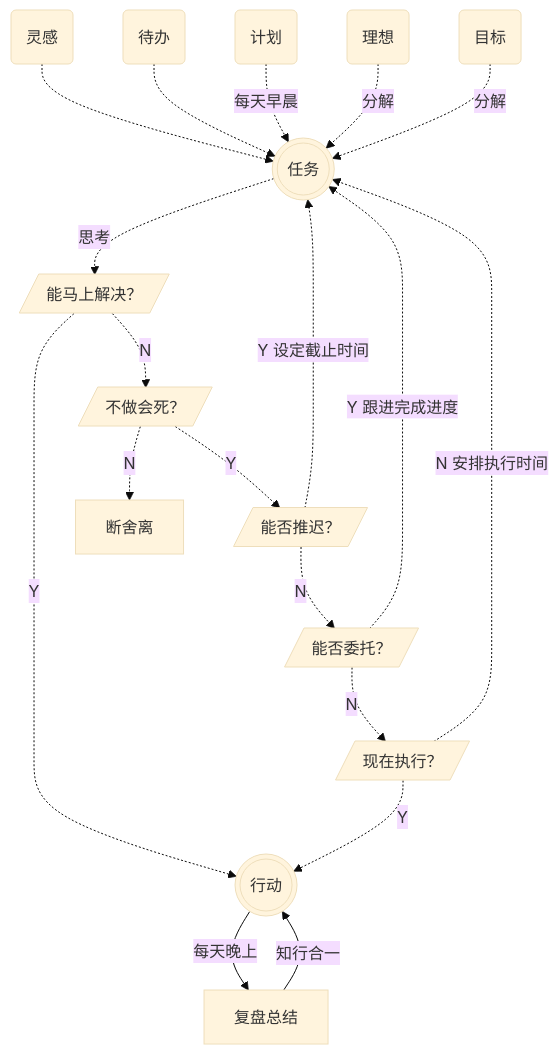
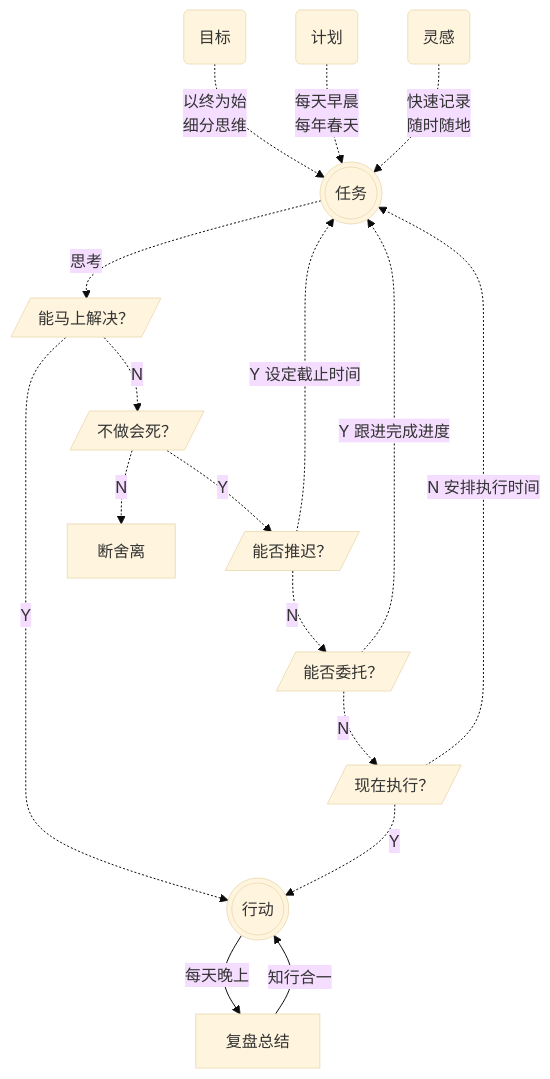
One commit to sjhfx/linji changed the diagram in tech/time.md. Above: the diagram before and after it, drawn with Mermaid (base theme).

Commit message:
U 时间管理流程图

````diff
--- a/tech/time.md
+++ b/tech/time.md
@@ -354,21 +354,19 @@
 ```mermaid
 flowchart TD
-    A(灵感)-.-> T(((任务)))
-    B(待办)-.-> T
-    L(计划) -.每天早晨.-> T
-    M(理想) -.分解.-> T
-    N(目标) -.分解.-> T
+    N(目标) -.以终为始\n细分思维.-> T
+    L(计划) -.每天早晨\n每年春天.-> T
+    A(灵感)-.快速记录\n随时随地.-> T(((任务)))
     T-.思考.-> C[/能马上解决？/]
     C -.Y.-> D(((行动)))
     C -.N.-> E[/不做会死？/]
     E -.N.-> G[断舍离]
     E -.Y.-> F[/能否推迟？/]
     F -.Y 设定截止时间.-> T
     F -.N.-> H[/能否委托？/]
     H -.Y 跟进完成进度.-> T
     H -.N.-> J[/现在执行？/]
     J -.Y.-> D
     J -.N 安排执行时间.-> T
     D --每天晚上--> K[复盘总结]
     K --知行合一--> D
 ```
````
